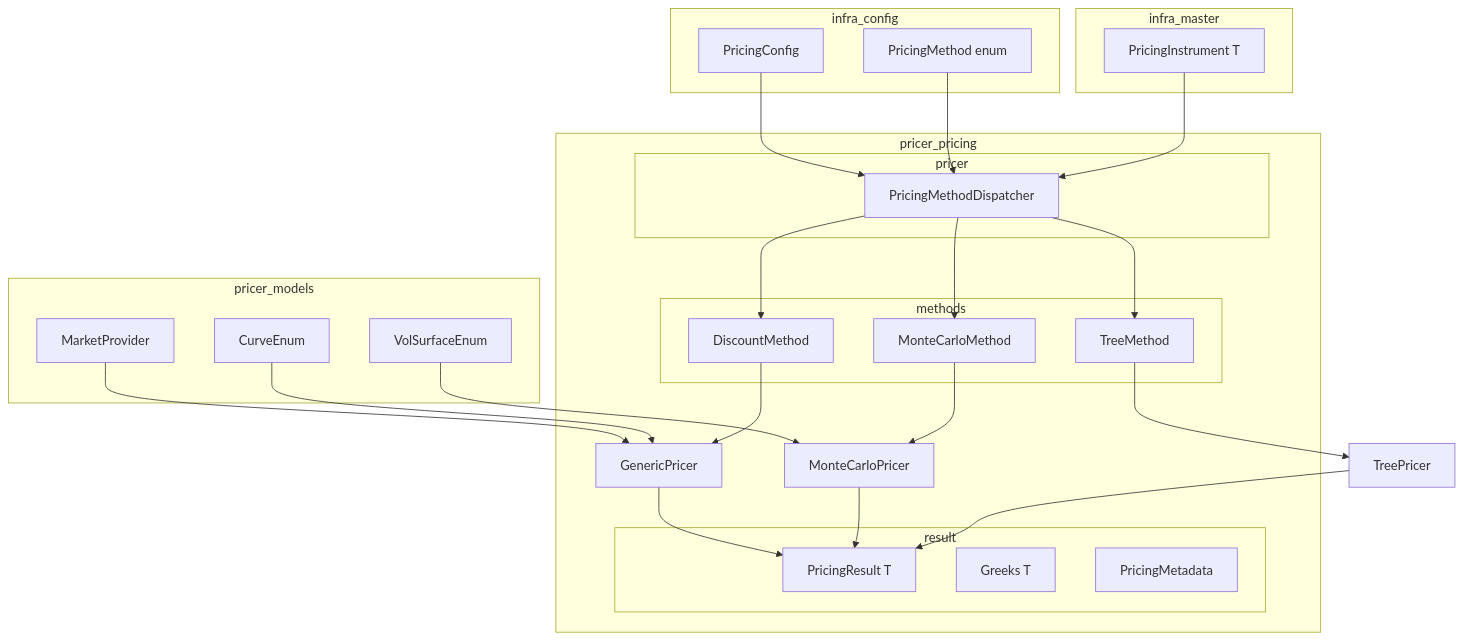
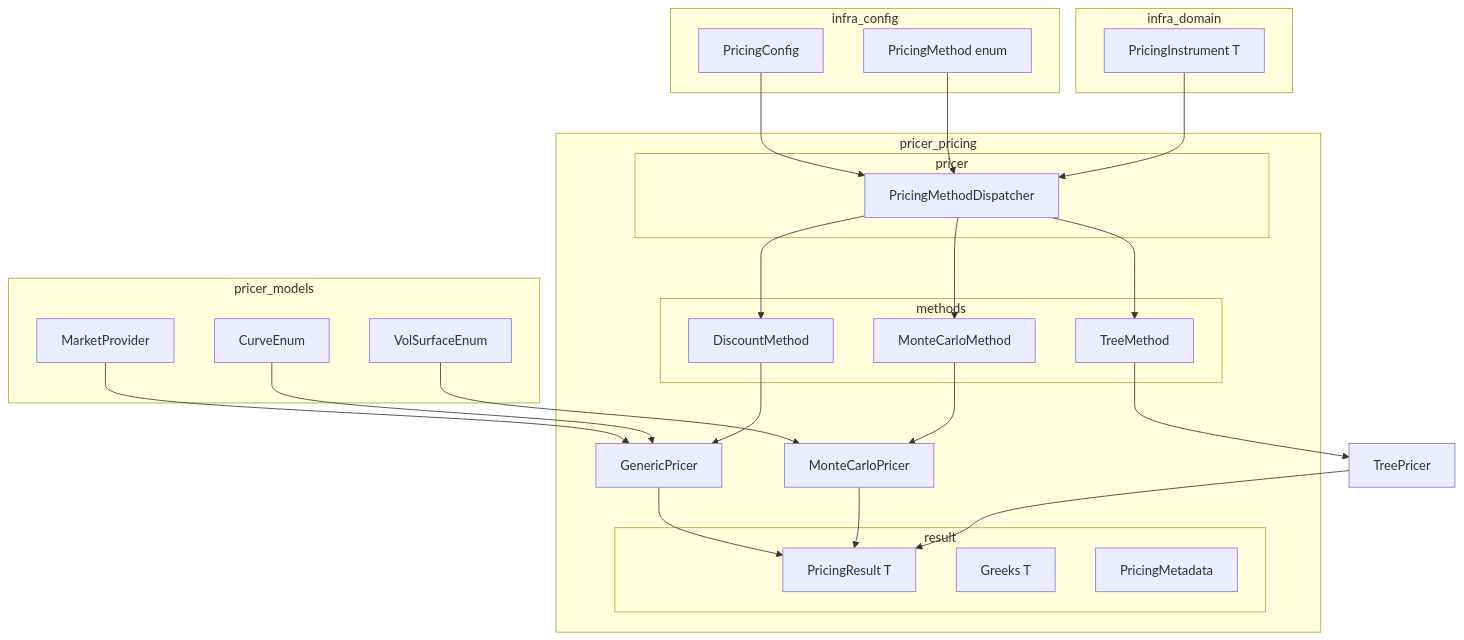
Before and after one commit to neutryx-lab/neutryx-rust: the first of 3 diagrams in .kiro/specs/pricer-pricing-architecture/design.md, drawn with Mermaid. The commit also changed other lines of this file and 303 other files, not shown here.

First line of the commit message:
Refactor imports from `infra_master` to `infra_domain`

````diff
--- a/.kiro/specs/pricer-pricing-architecture/design.md
+++ b/.kiro/specs/pricer-pricing-architecture/design.md
@@ -39,59 +39,59 @@
 ```mermaid
 graph TB
     subgraph infra_config
         PricingConfig[PricingConfig]
         PricingMethod[PricingMethod enum]
     end
 
     subgraph pricer_pricing
         subgraph pricer
             Dispatcher[PricingMethodDispatcher]
         end
 
         subgraph methods
             Discount[DiscountMethod]
             MC[MonteCarloMethod]
             Tree[TreeMethod]
         end
 
         subgraph result
             PricingResult[PricingResult T]
             Greeks[Greeks T]
             Metadata[PricingMetadata]
         end
 
         GenericPricer[GenericPricer]
         MonteCarloPricer[MonteCarloPricer]
     end
 
     subgraph pricer_models
         MarketProvider[MarketProvider]
         Curves[CurveEnum]
         VolSurfaces[VolSurfaceEnum]
     end
 
-    subgraph infra_master
+    subgraph infra_domain
         PricingInstrument[PricingInstrument T]
     end
 
     PricingConfig --> Dispatcher
     PricingMethod --> Dispatcher
 
     Dispatcher --> Discount
     Dispatcher --> MC
     Dispatcher --> Tree
 
     Discount --> GenericPricer
     MC --> MonteCarloPricer
     Tree --> TreePricer[TreePricer]
 
     GenericPricer --> PricingResult
     MonteCarloPricer --> PricingResult
     TreePricer --> PricingResult
 
     MarketProvider --> GenericPricer
     Curves --> GenericPricer
     VolSurfaces --> MonteCarloPricer
 
     PricingInstrument --> Dispatcher
 ```
````
